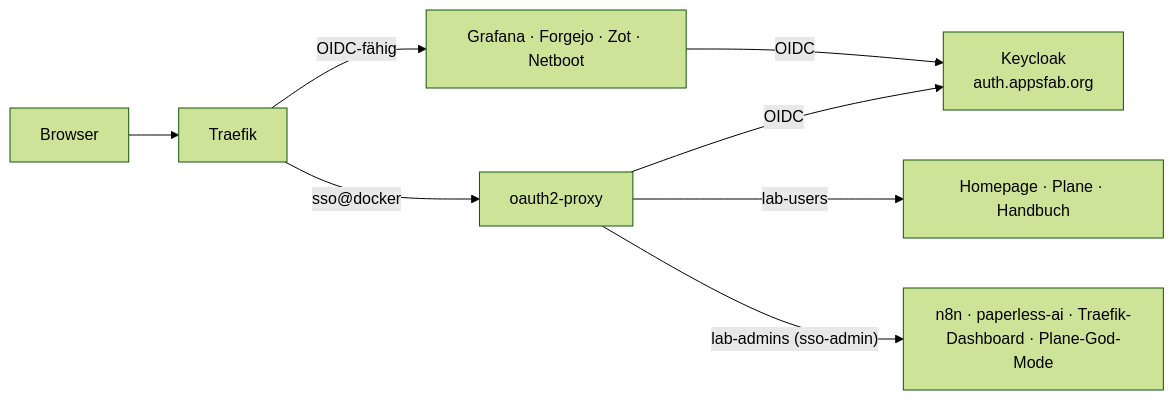
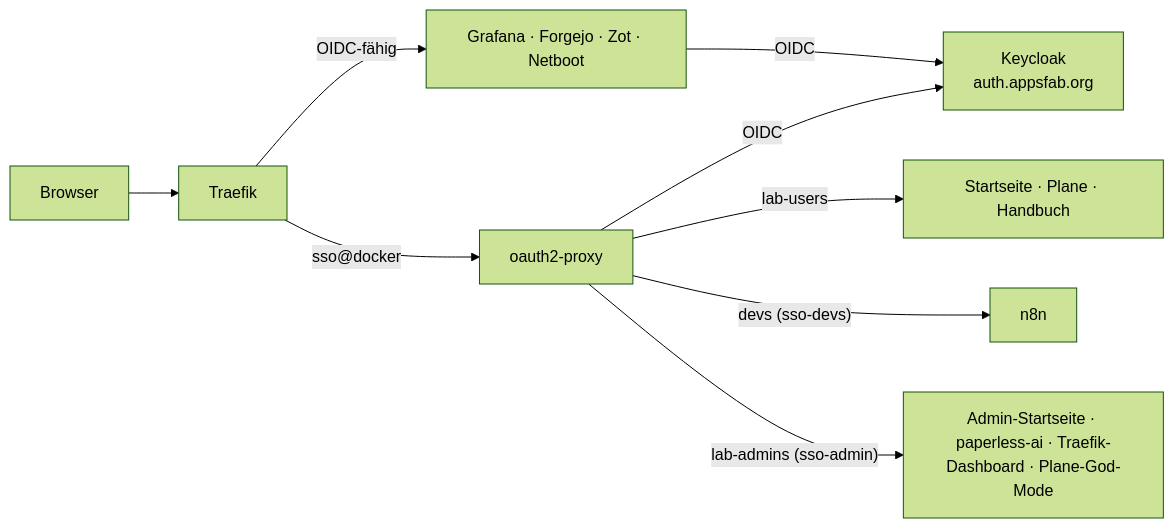
One commit to appwerkstatt/homelab-gitops changed the diagram in docs/sicherheit/sso.md. Above: the diagram before and after it, drawn with Mermaid (forest theme). The commit also changed other lines of this file and 33 other files, not shown here.

First line of the commit message:
feat(auth): Familien-Rechtekonzept (Gruppen family/devs, sso-devs, vmauth)

````diff
--- a/docs/sicherheit/sso.md
+++ b/docs/sicherheit/sso.md
@@ -6,10 +6,11 @@
 ```mermaid
 flowchart LR
   user[Browser] --> traefik[Traefik]
   traefik -->|OIDC-fähig| app1[Grafana · Forgejo · Zot · Netboot]
   app1 -->|OIDC| kc[Keycloak<br/>auth.appsfab.org]
   traefik -->|"sso@docker"| o2p[oauth2-proxy]
   o2p -->|OIDC| kc
-  o2p -->|"lab-users"| app2[Homepage · Plane · Handbuch]
-  o2p -->|"lab-admins (sso-admin)"| app3[n8n · paperless-ai · Traefik-Dashboard · Plane-God-Mode]
+  o2p -->|"lab-users"| app2[Startseite · Plane · Handbuch]
+  o2p -->|"devs (sso-devs)"| app4[n8n]
+  o2p -->|"lab-admins (sso-admin)"| app3[Admin-Startseite · paperless-ai · Traefik-Dashboard · Plane-God-Mode]
 ```
````
